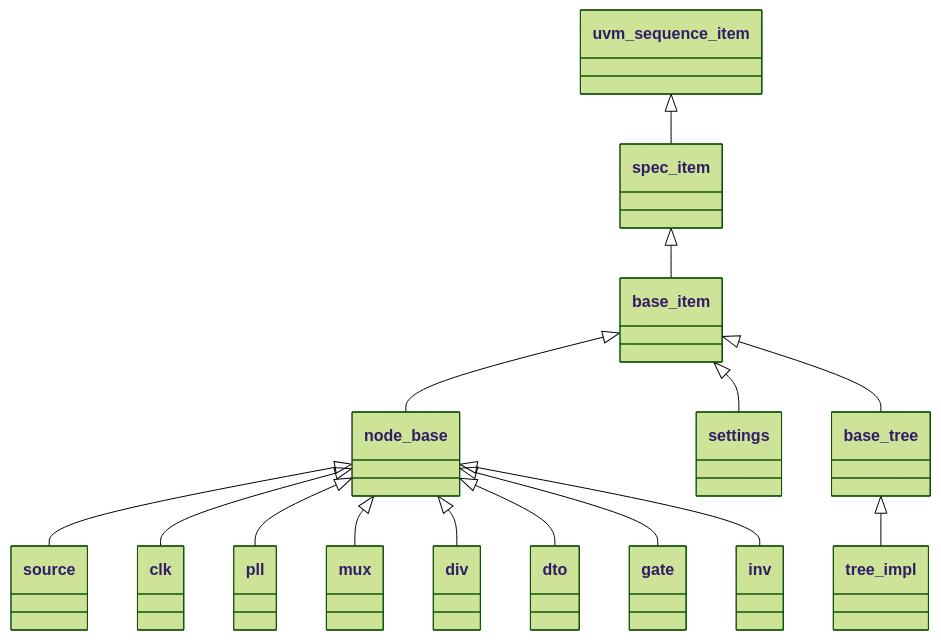
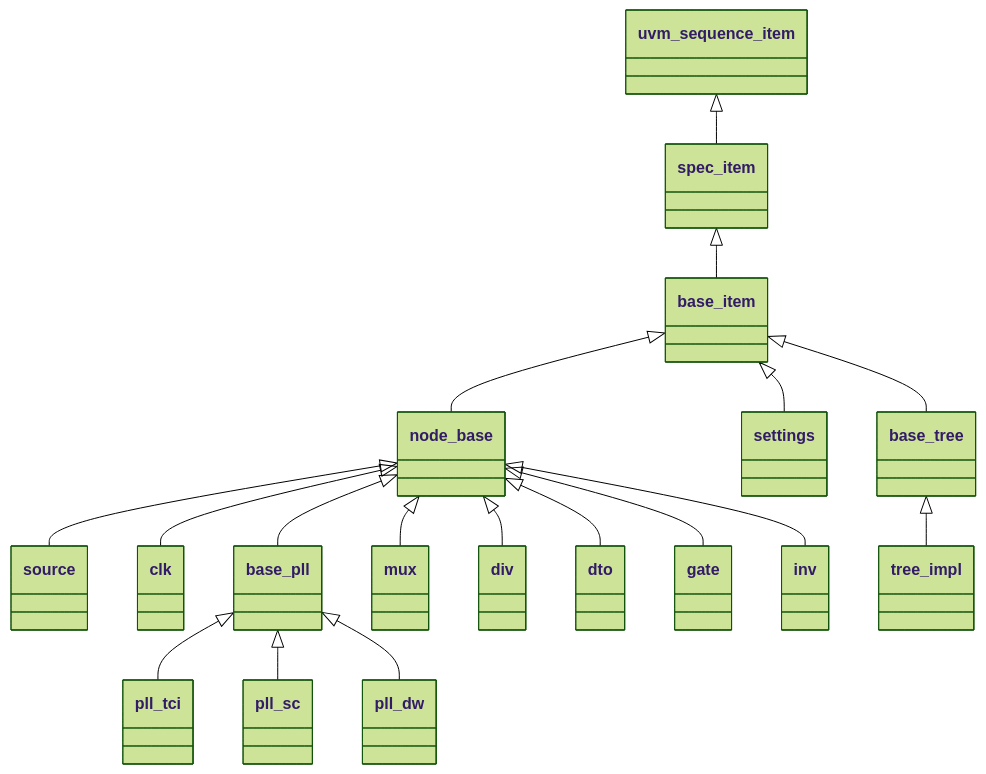
One commit to XiaoHui2023/templates changed the diagram in src/sv/agent/clock_tree/model.md. Above: the diagram before and after it, drawn with Mermaid (forest theme). The commit also changed other lines of this file and 24 other files, not shown here.

````diff
--- a/src/sv/agent/clock_tree/model.md
+++ b/src/sv/agent/clock_tree/model.md
@@ -9,17 +9,20 @@
 ```mermaid
 classDiagram
     uvm_sequence_item <|-- spec_item
     spec_item <|-- base_item
     base_item <|-- node_base
     base_item <|-- settings
     base_item <|-- base_tree
     node_base <|-- source
     node_base <|-- clk
-    node_base <|-- pll
+    node_base <|-- base_pll
+    base_pll <|-- pll_tci
+    base_pll <|-- pll_sc
+    base_pll <|-- pll_dw
     node_base <|-- mux
     node_base <|-- div
     node_base <|-- dto
     node_base <|-- gate
     node_base <|-- inv
     base_tree <|-- tree_impl
 ```
````
